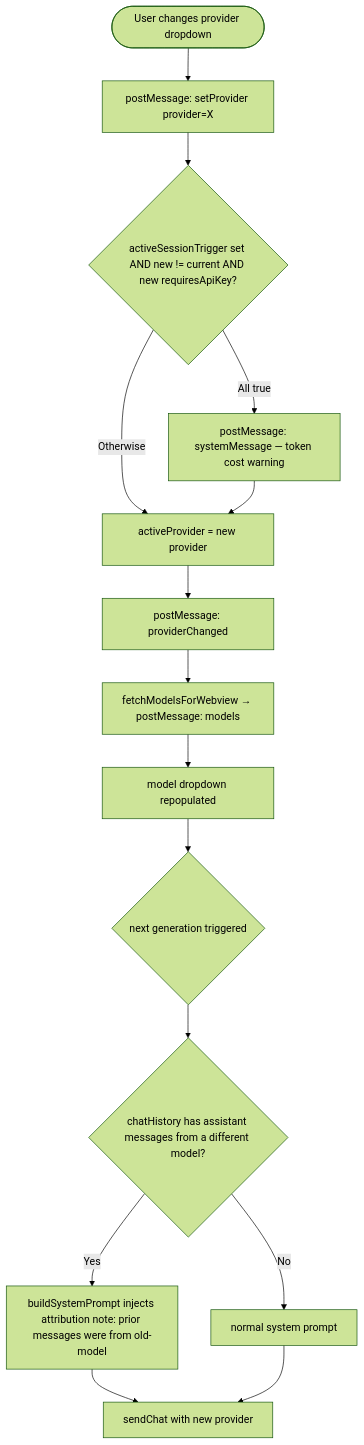
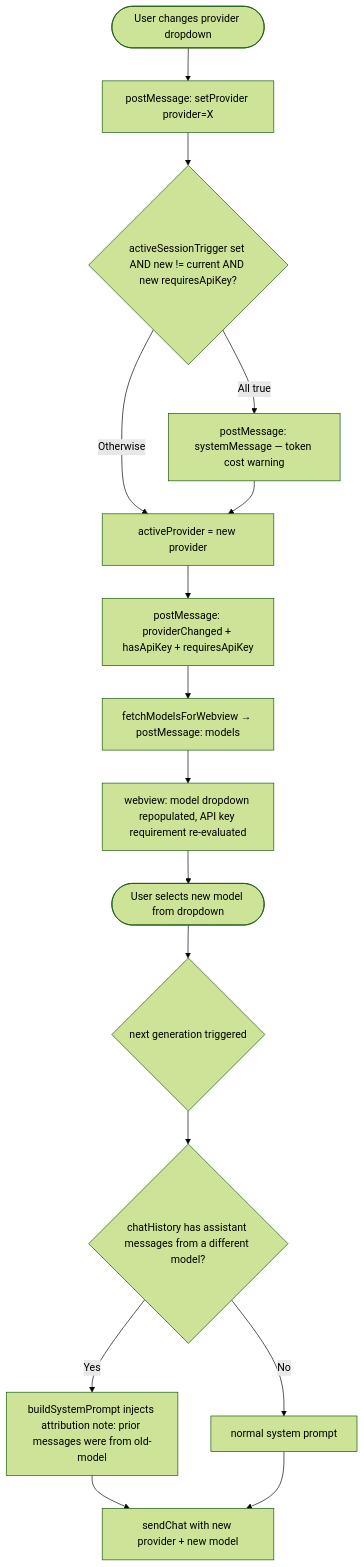
The fifth of 8 diagrams in docs/workflows.md (rhea0408/raiview), drawn with Mermaid (forest theme) before and after one commit. The commit also changed other lines of this file and 15 other files, not shown here.

````diff
--- a/docs/workflows.md
+++ b/docs/workflows.md
@@ -125,16 +141,17 @@
 ```mermaid
 flowchart TD
     A([User changes provider dropdown]) --> B[postMessage: setProvider provider=X]
     B --> C{"activeSessionTrigger set AND new != current AND new requiresApiKey?"}
     C -- All true --> D[postMessage: systemMessage — token cost warning]
     C -- Otherwise --> E
     D --> E[activeProvider = new provider]
-    E --> F[postMessage: providerChanged]
+    E --> F[postMessage: providerChanged + hasApiKey + requiresApiKey]
     F --> G[fetchModelsForWebview → postMessage: models]
-    G --> H[model dropdown repopulated]
-    H --> I{next generation triggered}
-    I --> J{chatHistory has assistant messages from a different model?}
-    J -- Yes --> K["buildSystemPrompt injects attribution note: prior messages were from old-model"]
-    J -- No --> L[normal system prompt]
-    K & L --> M[sendChat with new provider]
+    G --> H[webview: model dropdown repopulated, API key requirement re-evaluated]
+    H --> I([User selects new model from dropdown])
+    I --> J{next generation triggered}
+    J --> K{chatHistory has assistant messages from a different model?}
+    K -- Yes --> L["buildSystemPrompt injects attribution note: prior messages were from old-model"]
+    K -- No --> M[normal system prompt]
+    L & M --> N[sendChat with new provider + new model]
 ```
````
